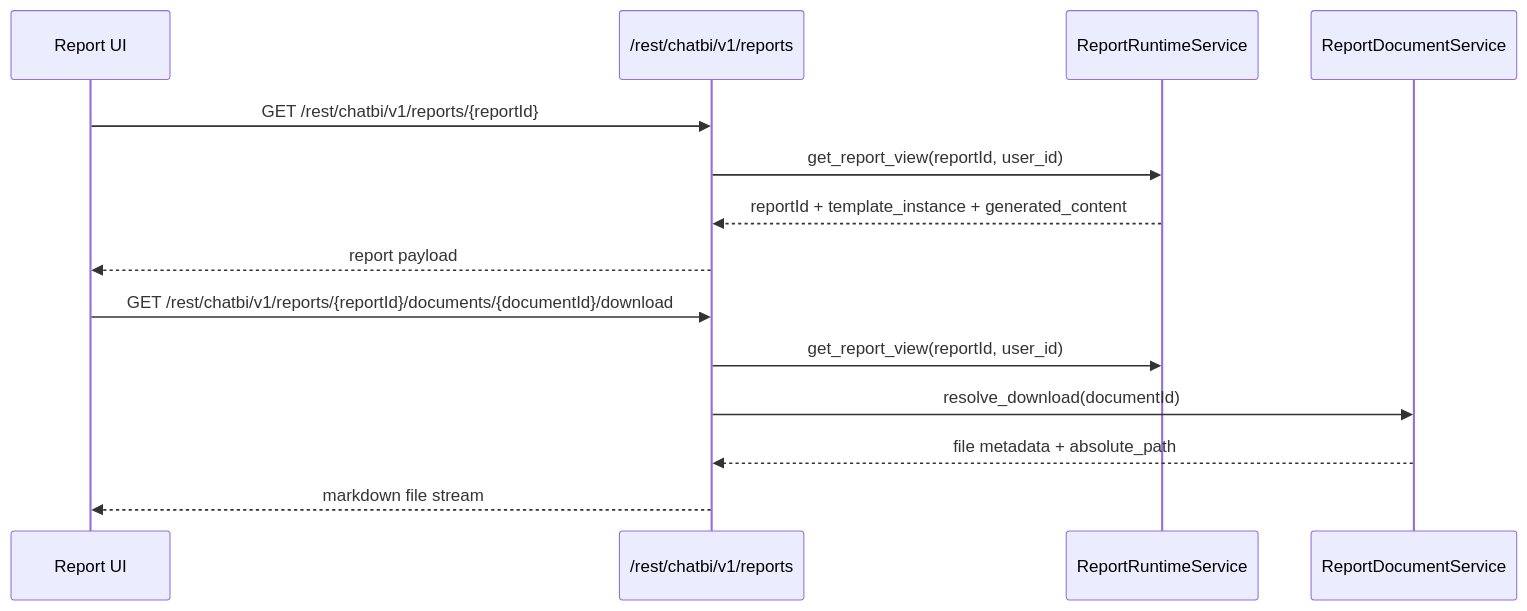
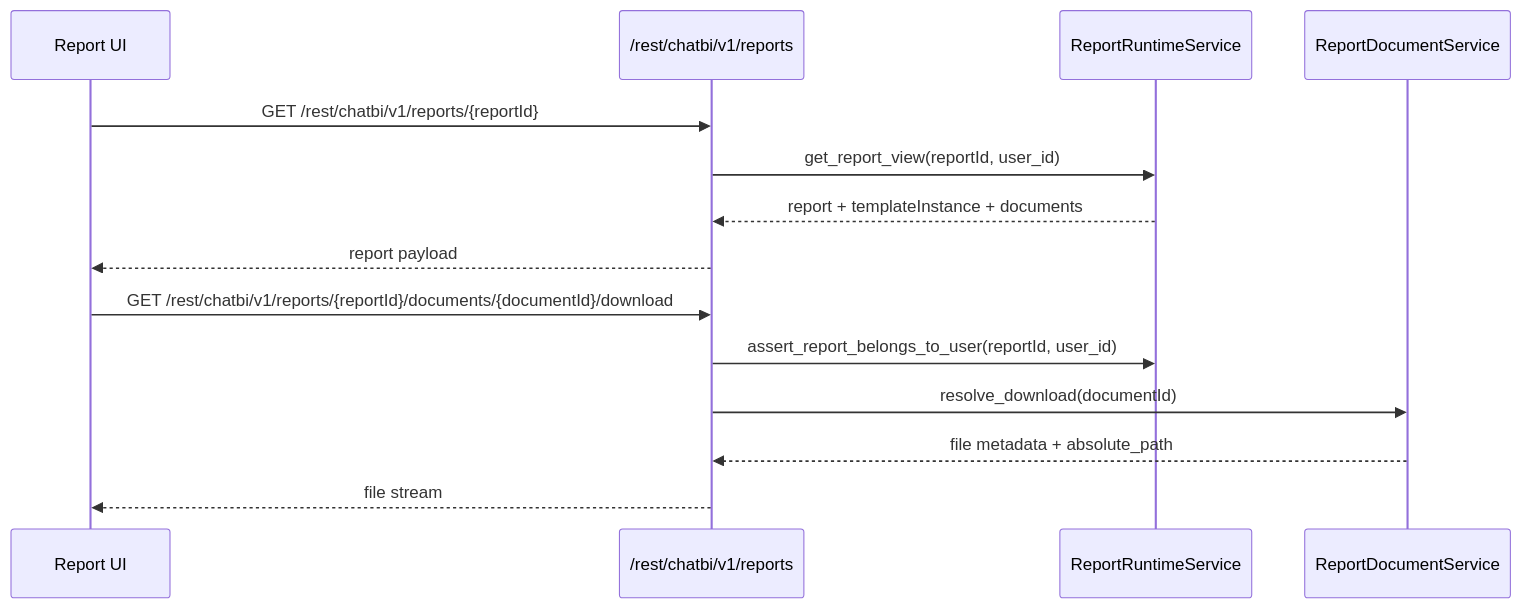
The second of 4 diagrams in design/implementation/runtime_sequences.md (shel447/ReportSystem), drawn with Mermaid before and after one commit. The commit also changed other lines of this file and 21 other files, not shown here.

````diff
--- a/design/implementation/runtime_sequences.md
+++ b/design/implementation/runtime_sequences.md
@@ -64,18 +57,18 @@
 ```mermaid
 sequenceDiagram
     participant UI as Report UI
     participant API as /rest/chatbi/v1/reports
     participant Runtime as ReportRuntimeService
     participant Doc as ReportDocumentService
 
     UI->>API: GET /rest/chatbi/v1/reports/{reportId}
     API->>Runtime: get_report_view(reportId, user_id)
-    Runtime-->>API: reportId + template_instance + generated_content
+    Runtime-->>API: report + templateInstance + documents
     API-->>UI: report payload
 
     UI->>API: GET /rest/chatbi/v1/reports/{reportId}/documents/{documentId}/download
-    API->>Runtime: get_report_view(reportId, user_id)
+    API->>Runtime: assert_report_belongs_to_user(reportId, user_id)
     API->>Doc: resolve_download(documentId)
     Doc-->>API: file metadata + absolute_path
-    API-->>UI: markdown file stream
+    API-->>UI: file stream
 ```
````
